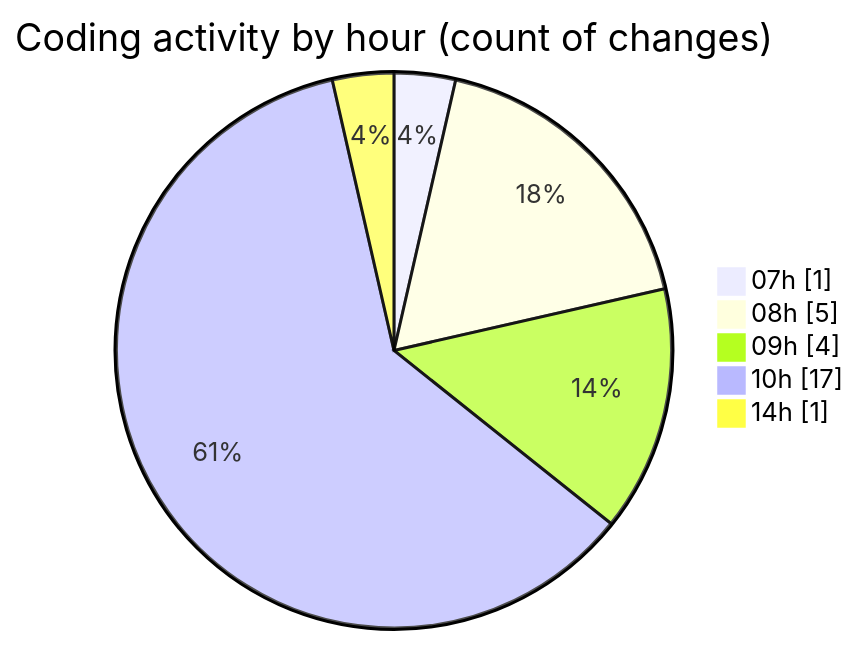
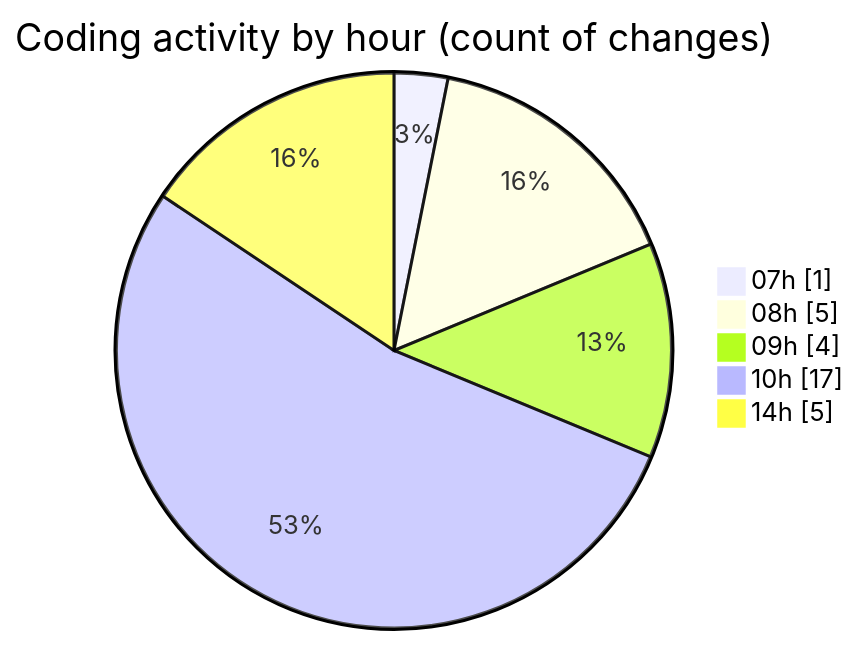
Before and after one commit to momahboobian/code-tracking: the second of 2 diagrams in 2025-05-14/cda/README.md, drawn with Mermaid. The commit also changed other lines of this file and 1 other file, not shown here.

````diff
--- a/2025-05-14/cda/README.md
+++ b/2025-05-14/cda/README.md
@@ -40,9 +40,9 @@
 ```mermaid
 pie showData
 title Coding activity by hour (count of changes)
 "07h" : 1
 "08h" : 5
 "09h" : 4
 "10h" : 17
-"14h" : 1
+"14h" : 5
 ```
````
